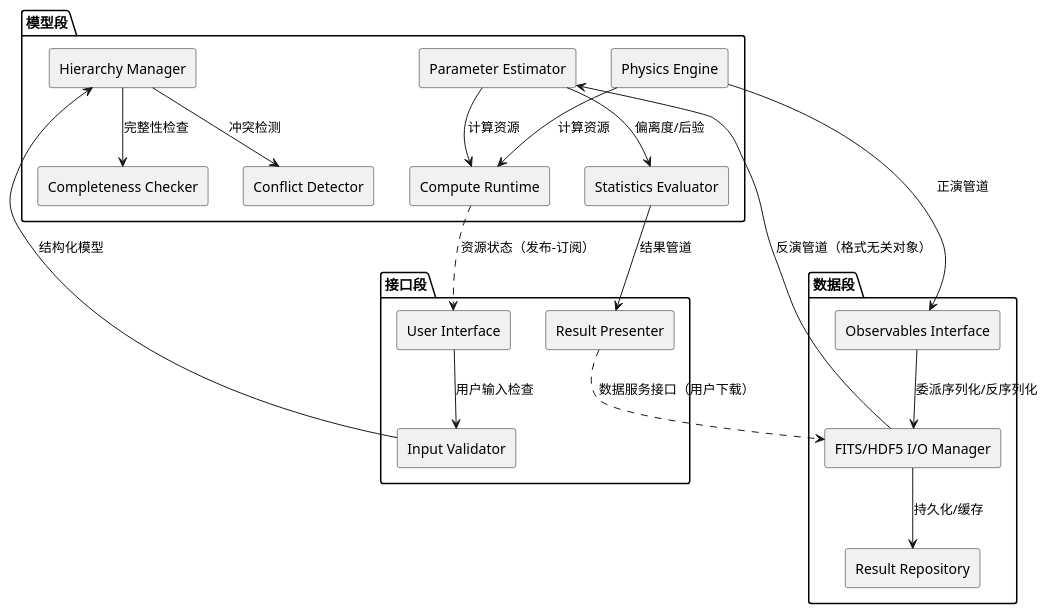
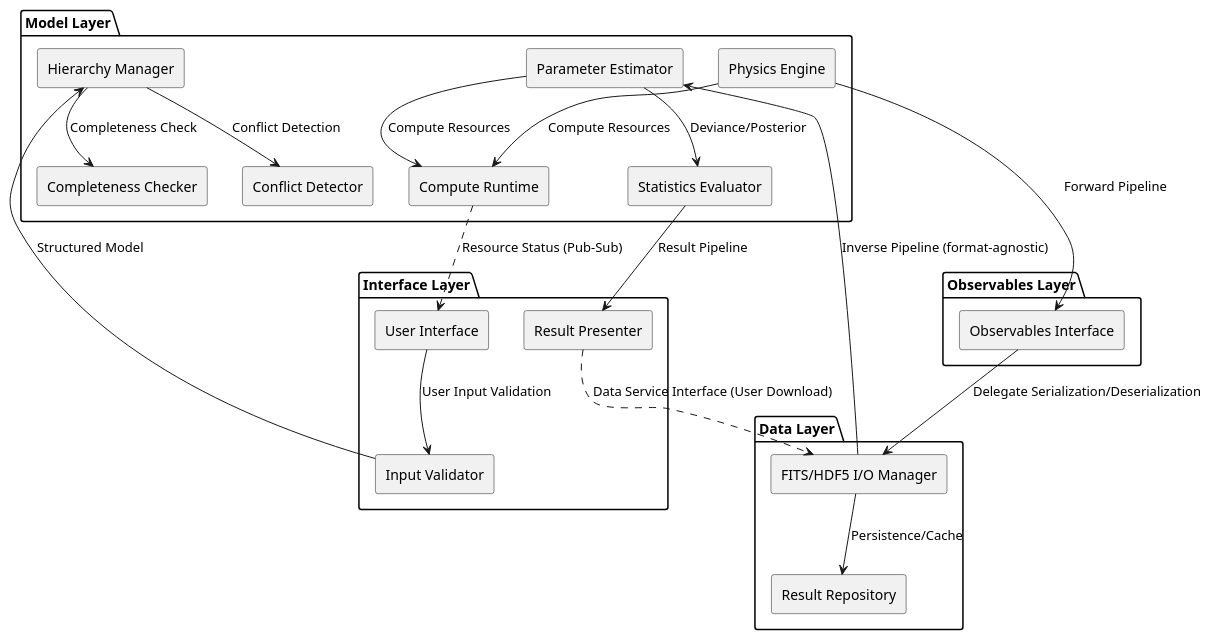
One commit to pigsboss/oasis changed the diagram in docs/diagrams/targets/components.puml. Above: the diagram before and after it, drawn with PlantUML.

Commit message:
docs: translate component diagram to English and restructure Observables Layer

```diff
--- a/docs/diagrams/targets/components.puml
+++ b/docs/diagrams/targets/components.puml
@@ -1,58 +1,61 @@
 @startuml
 skinparam componentStyle rectangle
 
-package "接口段" {
+package "Interface Layer" {
   component "User Interface" as UI
   component "Input Validator" as IV
   component "Result Presenter" as RP
 }
 
-package "模型段" {
+package "Model Layer" {
   component "Hierarchy Manager" as HM
   component "Conflict Detector" as CD
   component "Completeness Checker" as CC
   component "Physics Engine" as PE
   component "Parameter Estimator" as ParEst
   component "Statistics Evaluator" as StatEval
   component "Compute Runtime" as CR
 }
 
-package "数据段" {
+package "Observables Layer" {
   component "Observables Interface" as OI
+}
+
+package "Data Layer" {
   component "FITS/HDF5 I/O Manager" as FITSIO
   component "Result Repository" as RR
 }
 
-' 接口段内部
-UI --> IV : 用户输入检查
+' Interface Layer internal
+UI --> IV : User Input Validation
 
-' 输入管道路径
-IV --> HM : 结构化模型
+' Input pipeline
+IV --> HM : Structured Model
 
-' 模型管理
-HM --> CD : 冲突检测
-HM --> CC : 完整性检查
+' Model management
+HM --> CD : Conflict Detection
+HM --> CC : Completeness Check
 
-' 正演路径
-PE --> CR : 计算资源
-PE --> OI : 正演管道
+' Forward path
+PE --> CR : Compute Resources
+PE --> OI : Forward Pipeline
 
-' 反演路径
-ParEst --> CR : 计算资源
-ParEst <-- FITSIO : 反演管道（格式无关对象）
+' Inverse path
+ParEst --> CR : Compute Resources
+ParEst <-- FITSIO : Inverse Pipeline (format-agnostic)
 
-' 统计与输出
-ParEst --> StatEval : 偏离度/后验
-StatEval --> RP : 结果管道
+' Statistics and output
+ParEst --> StatEval : Deviance/Posterior
+StatEval --> RP : Result Pipeline
 
-' 数据段内部
-OI --> FITSIO : 委派序列化/反序列化
-FITSIO --> RR : 持久化/缓存
+' Data Layer internal
+OI --> FITSIO : Delegate Serialization/Deserialization
+FITSIO --> RR : Persistence/Cache
 
-' 横向服务
-RP ..> FITSIO : 数据服务接口（用户下载）
+' Horizontal services
+RP ..> FITSIO : Data Service Interface (User Download)
 
-' 资源状态
-CR ..> UI : 资源状态（发布-订阅）
+' Resource status
+CR ..> UI : Resource Status (Pub-Sub)
 
 @enduml
```
